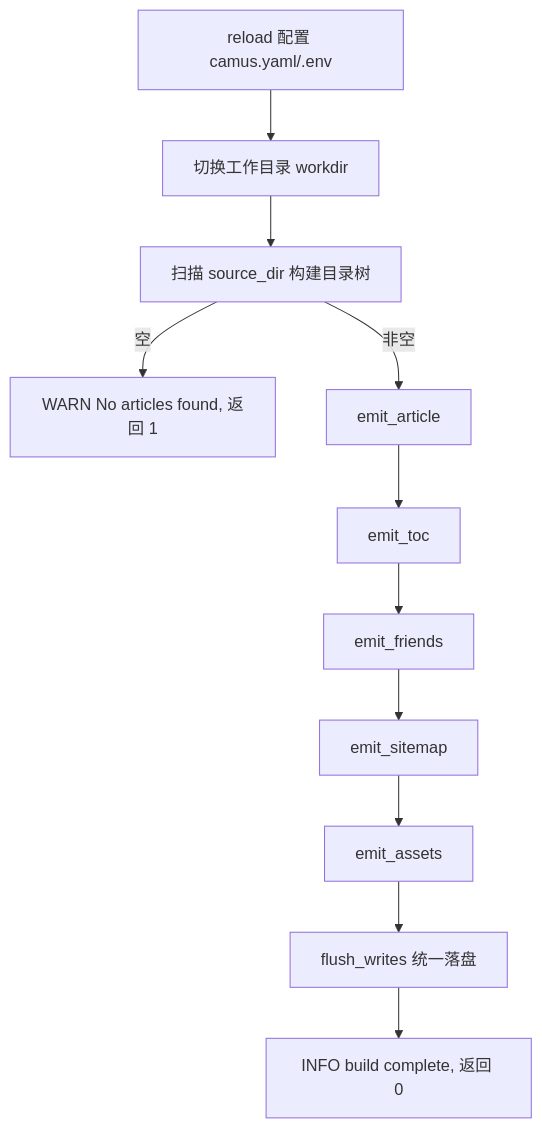
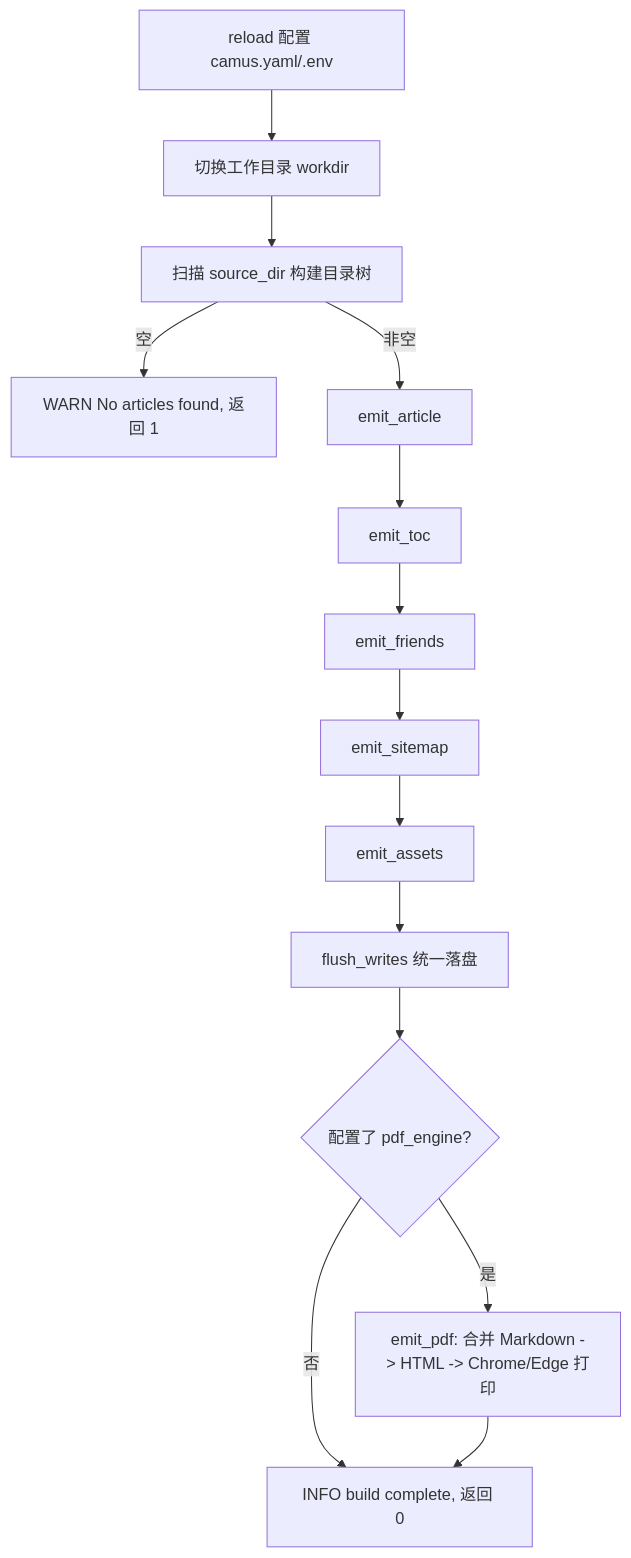
Before and after one commit to o8x/camus: the diagram in docs/prd/01-overview.md, drawn with Mermaid. The commit also changed other lines of this file and 10 other files, not shown here.

````diff
--- a/docs/prd/01-overview.md
+++ b/docs/prd/01-overview.md
@@ -46,13 +48,16 @@
 ```mermaid
 flowchart TD
     A[reload 配置 camus.yaml/.env] --> B[切换工作目录 workdir]
     B --> C[扫描 source_dir 构建目录树]
     C -->|空| W[WARN No articles found, 返回 1]
     C -->|非空| D[emit_article]
     D --> E[emit_toc]
     E --> F[emit_friends]
     F --> G[emit_sitemap]
     G --> H[emit_assets]
     H --> I[flush_writes 统一落盘]
-    I --> J[INFO build complete, 返回 0]
+    I --> P{配置了 pdf_engine?}
+    P -->|是| Q[emit_pdf: 合并 Markdown -> HTML -> Chrome/Edge 打印]
+    P -->|否| J
+    Q --> J[INFO build complete, 返回 0]
 ```
````
